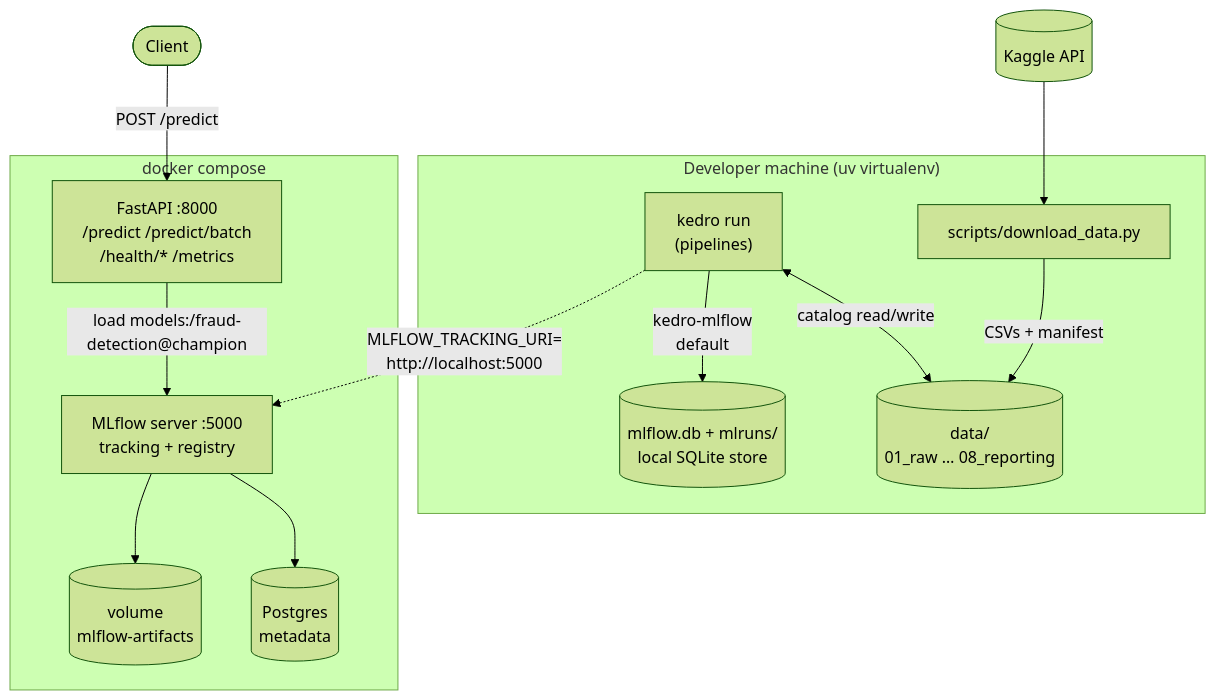
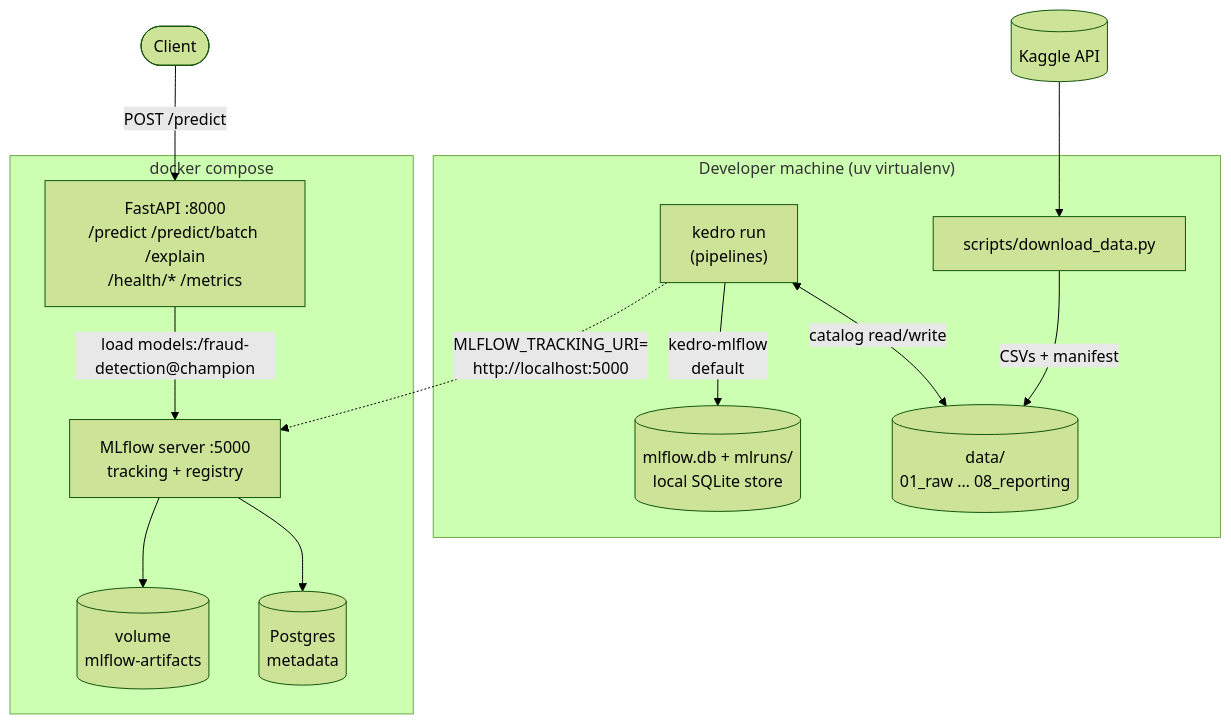
One commit to MikolajKurtyka/fraud-detection-kedro changed the first of 4 diagrams in docs/02_infrastructure.md. Above: the diagram before and after it, drawn with Mermaid (forest theme). The commit also changed other lines of this file and 7 other files, not shown here.

````diff
--- a/docs/02_infrastructure.md
+++ b/docs/02_infrastructure.md
@@ -30,27 +30,27 @@
 ```mermaid
 flowchart TB
     subgraph dev["Developer machine (uv virtualenv)"]
         K["kedro run<br/>(pipelines)"]
         D[("data/<br/>01_raw … 08_reporting")]
         L[("mlflow.db + mlruns/<br/>local SQLite store")]
         KG["scripts/download_data.py"]
         KG -->|CSVs + manifest| D
         K <-->|catalog read/write| D
         K -->|kedro-mlflow<br/>default| L
     end
 
     Kaggle[(Kaggle API)] --> KG
 
     subgraph compose["docker compose"]
         PG[(Postgres<br/>metadata)]
         MF["MLflow server :5000<br/>tracking + registry"]
         ART[("volume<br/>mlflow-artifacts")]
-        API["FastAPI :8000<br/>/predict /predict/batch<br/>/health/* /metrics"]
+        API["FastAPI :8000<br/>/predict /predict/batch /explain<br/>/health/* /metrics"]
         MF --> PG
         MF --> ART
         API -->|"load models:/fraud-detection@champion"| MF
     end
 
     K -.->|"MLFLOW_TRACKING_URI=<br/>http://localhost:5000"| MF
     Client([Client]) -->|POST /predict| API
 ```
````
